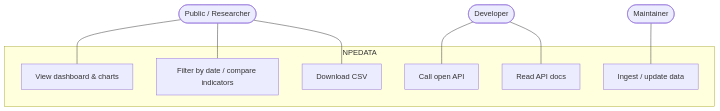
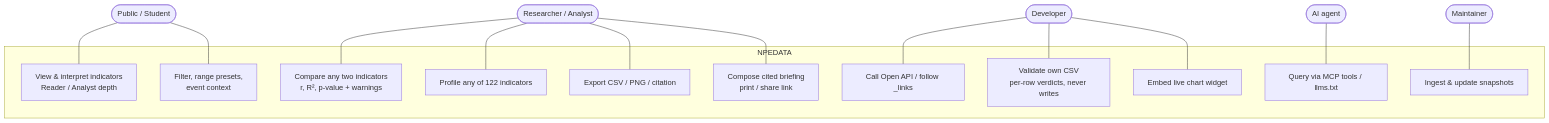
Before and after one commit to ANTD-CR7/nigerian-dashboard: the third of 6 diagrams in docs/FYP_REPORT.md, drawn with Mermaid. The commit also changed other lines of this file, not shown here.

First line of the commit message:
Expand Chapter 3 with contextual depth (supervisor feedback)

````diff
--- a/docs/FYP_REPORT.md
+++ b/docs/FYP_REPORT.md
@@ -335,20 +485,32 @@
 ```mermaid
 flowchart TB
-  V([Public / Researcher])
+  Pub([Public / Student])
+  Res([Researcher / Analyst])
   Dev([Developer])
+  AI([AI agent])
   Adm([Maintainer])
   subgraph NPEDATA
-    U1[View dashboard & charts]
-    U2[Filter by date / compare indicators]
-    U3[Download CSV]
-    U4[Call open API]
-    U5[Read API docs]
-    U6[Ingest / update data]
+    U1[View & interpret indicators\nReader / Analyst depth]
+    U2[Filter, range presets,\nevent context]
+    U3[Compare any two indicators\nr, R², p-value + warnings]
+    U4[Profile any of 122 indicators]
+    U5[Export CSV / PNG / citation]
+    U6[Compose cited briefing\nprint / share link]
+    U7[Call Open API / follow _links]
+    U8[Validate own CSV\nper-row verdicts, never writes]
+    U9[Embed live chart widget]
+    U10[Query via MCP tools / llms.txt]
+    U11[Ingest & update snapshots]
   end
-  V --- U1
-  V --- U2
-  V --- U3
-  Dev --- U4
-  Dev --- U5
-  Adm --- U6
+  Pub --- U1
+  Pub --- U2
+  Res --- U3
+  Res --- U4
+  Res --- U5
+  Res --- U6
+  Dev --- U7
+  Dev --- U8
+  Dev --- U9
+  AI --- U10
+  Adm --- U11
 ```
````
